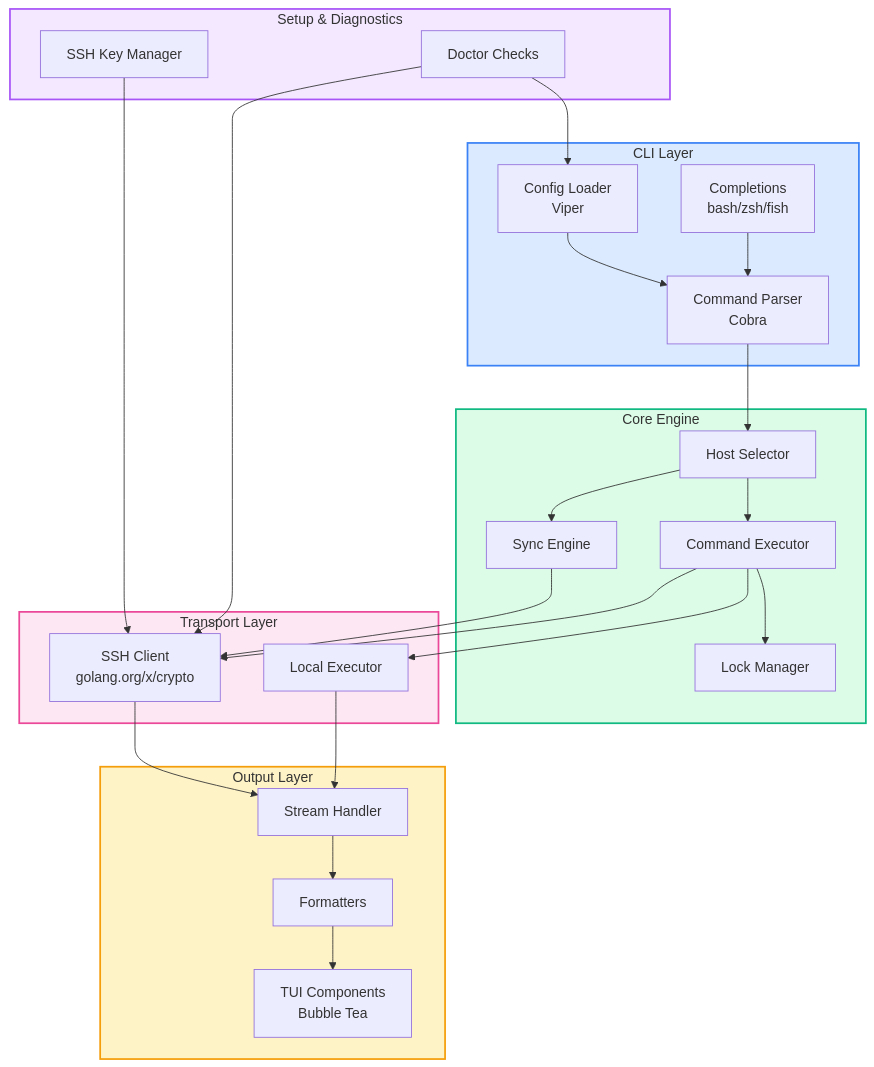
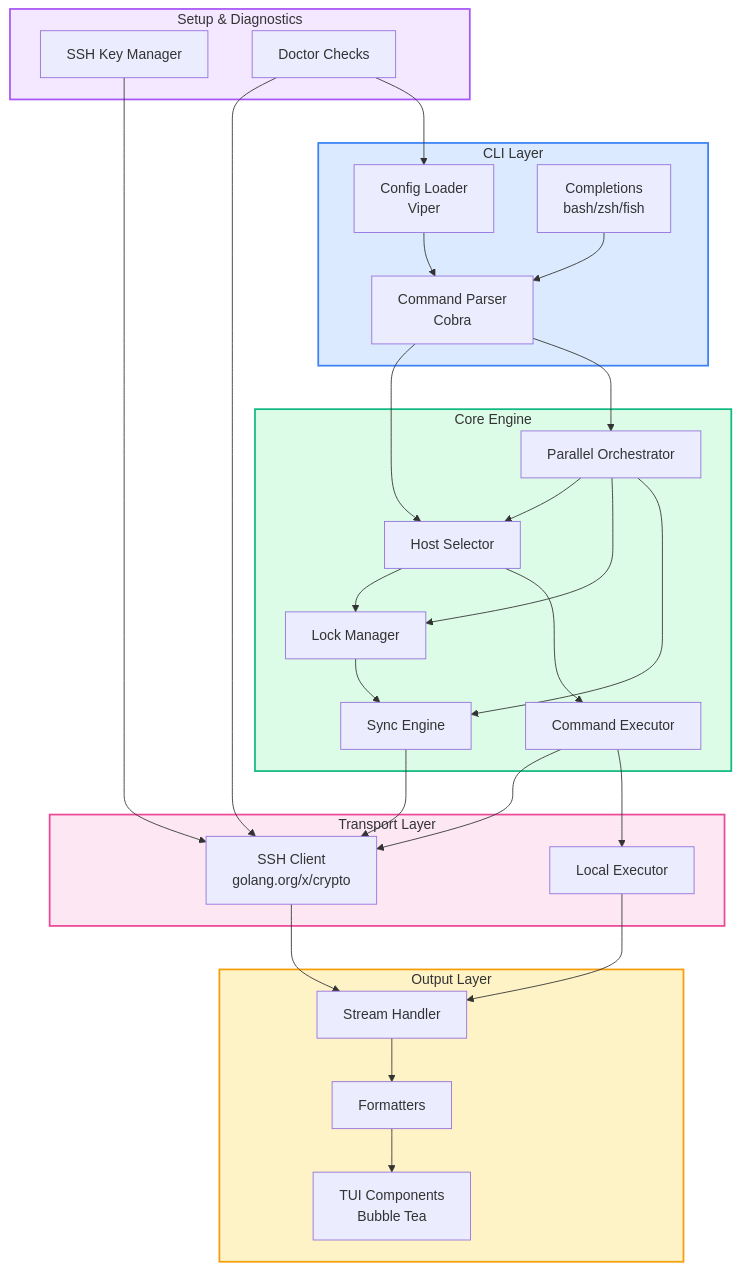
One commit to rileyhilliard/rr changed the first of 8 diagrams in docs/ARCHITECTURE.md. Above: the diagram before and after it, drawn with Mermaid. The commit also changed other lines of this file and 23 other files, not shown here.

````diff
--- a/docs/ARCHITECTURE.md
+++ b/docs/ARCHITECTURE.md
@@ -741,54 +831,59 @@
 ```mermaid
 flowchart TB
     subgraph cli["CLI Layer"]
         cmd[Command Parser<br/>Cobra]
         cfg[Config Loader<br/>Viper]
         comp[Completions<br/>bash/zsh/fish]
     end
 
     subgraph core["Core Engine"]
         host[Host Selector]
         sync[Sync Engine]
         exec[Command Executor]
         lock[Lock Manager]
+        par[Parallel Orchestrator]
     end
 
     subgraph output["Output Layer"]
         stream[Stream Handler]
         fmt[Formatters]
         tui[TUI Components<br/>Bubble Tea]
     end
 
     subgraph transport["Transport Layer"]
         ssh[SSH Client<br/>golang.org/x/crypto]
         local[Local Executor]
     end
 
     subgraph setup["Setup & Diagnostics"]
         keys[SSH Key Manager]
         doctor[Doctor Checks]
     end
 
     cmd --> host
+    cmd --> par
     cfg --> cmd
     comp --> cmd
-    host --> sync
+    host --> lock
+    lock --> sync
     host --> exec
-    exec --> lock
+    par --> host
+    par --> lock
+    par --> sync
     sync --> ssh
     exec --> ssh
     exec --> local
     ssh --> stream
     local --> stream
     stream --> fmt
     fmt --> tui
     keys --> ssh
     doctor --> ssh
     doctor --> cfg
 
     style cli fill:#dbeafe,stroke:#3b82f6,stroke-width:2px
     style core fill:#dcfce7,stroke:#10b981,stroke-width:2px
     style output fill:#fef3c7,stroke:#f59e0b,stroke-width:2px
     style transport fill:#fce7f3,stroke:#ec4899,stroke-width:2px
     style setup fill:#f3e8ff,stroke:#a855f7,stroke-width:2px
 ```
````
